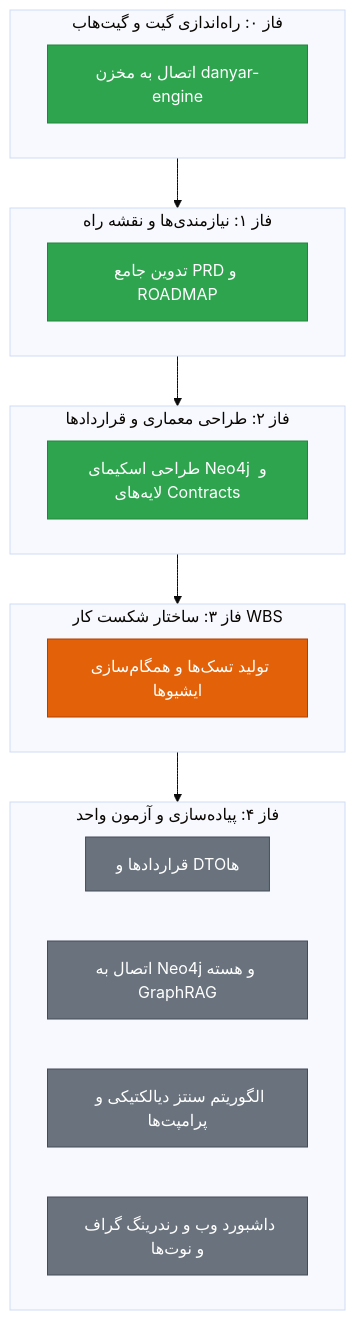
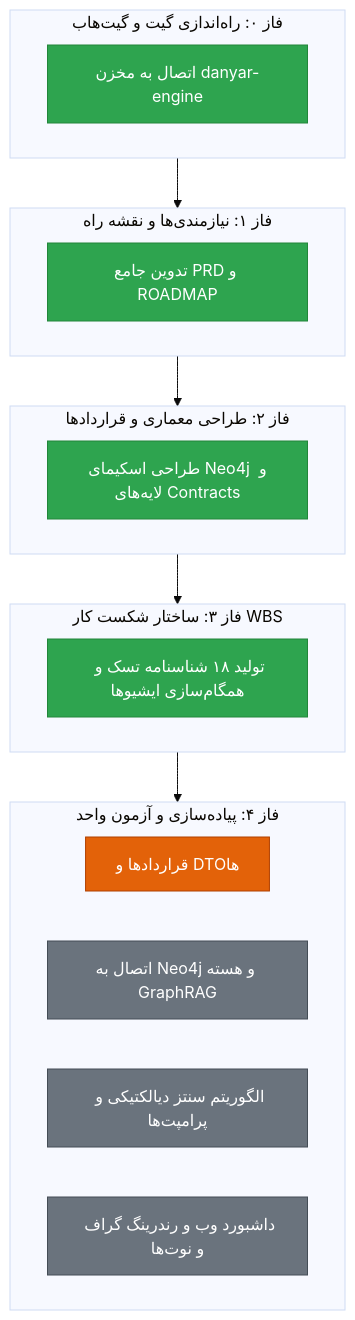
The second of 2 diagrams in specs/ROADMAP.md (Armin-MA/danyar-engine), drawn with Mermaid (base theme) before and after one commit. The commit also changed other lines of this file and 19 other files, not shown here.

````diff
--- a/specs/ROADMAP.md
+++ b/specs/ROADMAP.md
@@ -42,31 +42,31 @@
 ```mermaid
 flowchart TD
     classDef done fill:#2ea44f,stroke:#22863a,color:#fff
     classDef active fill:#e36209,stroke:#b04100,color:#fff
     classDef pending fill:#6a737d,stroke:#444d56,color:#fff
 
     subgraph Phase0["فاز ۰: راه‌اندازی گیت و گیت‌هاب"]
         G0["اتصال به مخزن danyar-engine"]:::done
     end
 
     subgraph Phase1["فاز ۱: نیازمندی‌ها و نقشه راه"]
         P1["تدوین جامع PRD و ROADMAP"]:::done
     end
 
     subgraph Phase2["فاز ۲: طراحی معماری و قراردادها"]
         P2["طراحی اسکیمای Neo4j و لایه‌های Contracts"]:::done
     end
 
     subgraph Phase3["فاز ۳: ساختار شکست کار WBS"]
-        P3["تولید تسک‌ها و همگام‌سازی ایشیوها"]:::active
+        P3["تولید ۱۸ شناسنامه تسک و همگام‌سازی ایشیوها"]:::done
     end
 
     subgraph Phase4["فاز ۴: پیاده‌سازی و آزمون واحد"]
-        T1["قراردادها و DTOها"]:::pending
+        T1["قراردادها و DTOها"]:::active
         T2["اتصال به Neo4j و هسته GraphRAG"]:::pending
         T3["الگوریتم سنتز دیالکتیکی و پرامپت‌ها"]:::pending
         T4["داشبورد وب و رندرینگ گراف و نوت‌ها"]:::pending
     end
 
     Phase0 --> Phase1 --> Phase2 --> Phase3 --> Phase4
 ```
````
